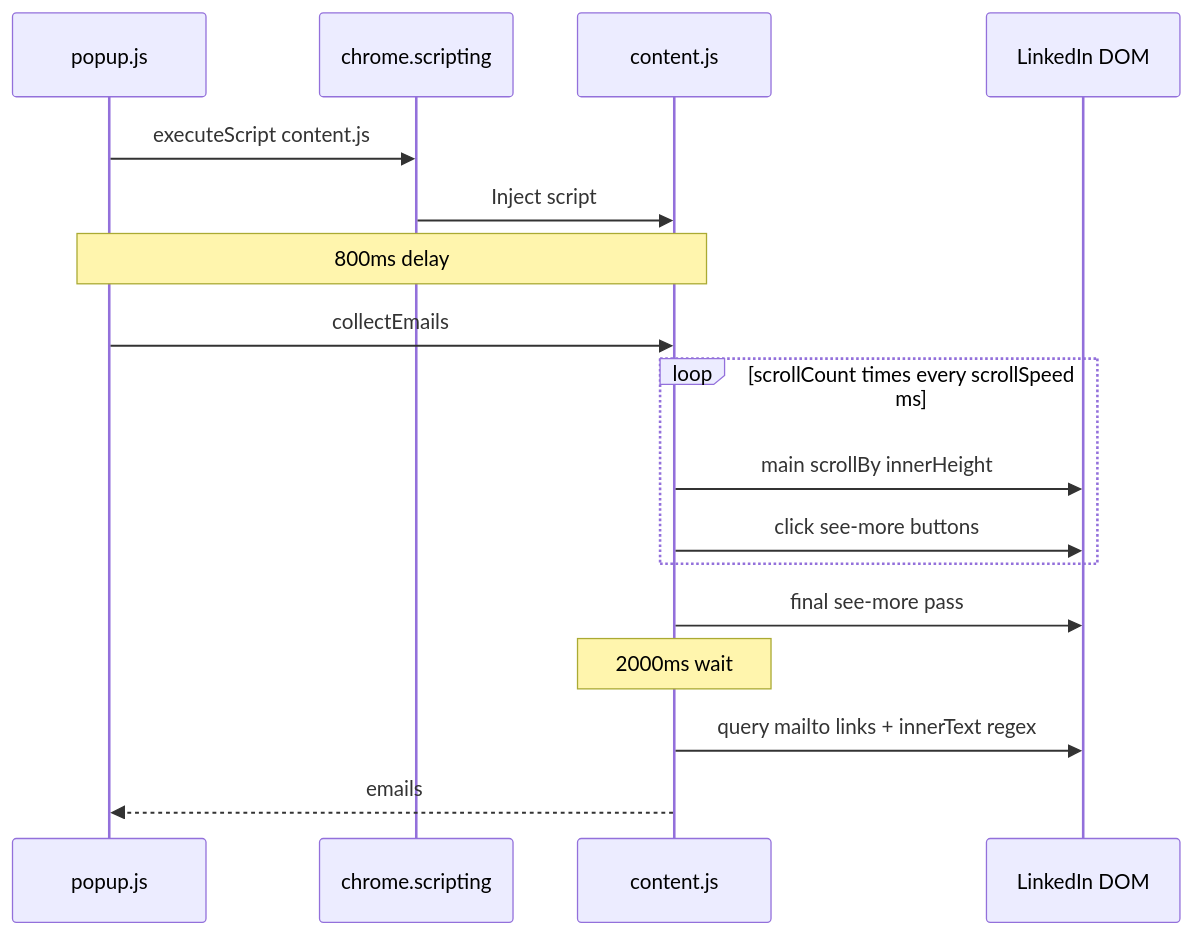
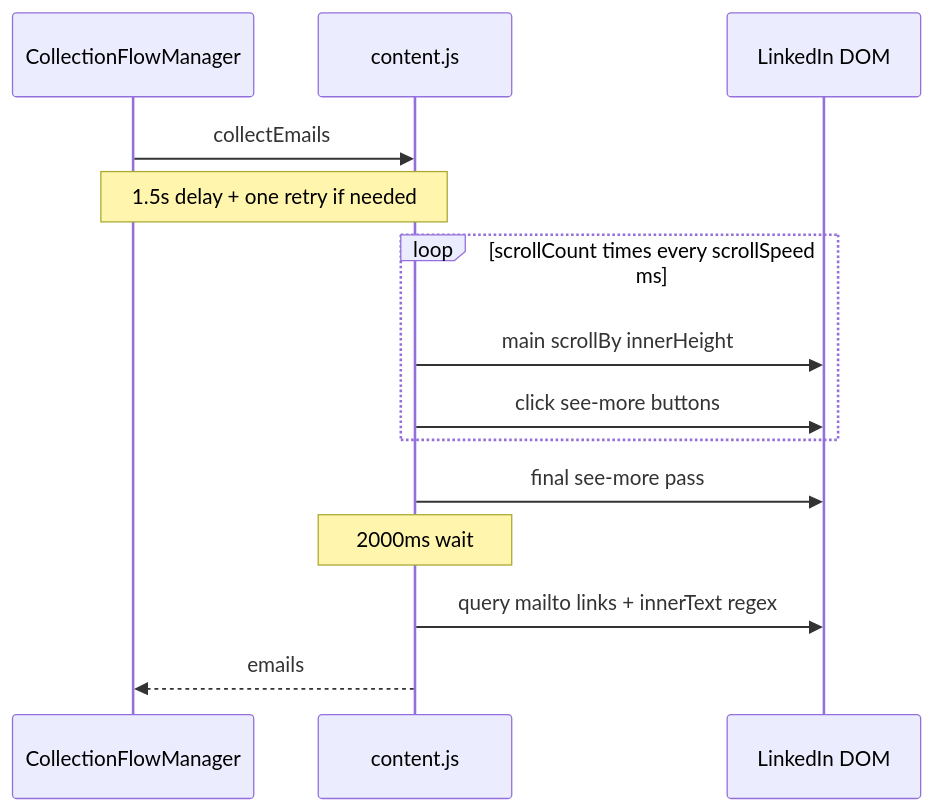
One commit to yagnesh97/reach-in changed the sixth of 8 diagrams in docs/ARCHITECTURE.md. Above: the diagram before and after it, drawn with Mermaid. The commit also changed other lines of this file and 13 other files, not shown here.

First line of the commit message:
Enhance email collection flow and UI in ReachIn extension

````diff
--- a/docs/ARCHITECTURE.md
+++ b/docs/ARCHITECTURE.md
@@ -252,20 +274,17 @@
 ```mermaid
 sequenceDiagram
-  participant Popup as popup.js
-  participant Scripting as chrome.scripting
+  participant CFM as CollectionFlowManager
   participant CS as content.js
   participant DOM as LinkedIn DOM
 
-  Popup->>Scripting: executeScript content.js
-  Scripting->>CS: Inject script
-  Note over Popup,CS: 800ms delay
-  Popup->>CS: collectEmails
+  CFM->>CS: collectEmails
+  Note over CFM,CS: 1.5s delay + one retry if needed
   loop scrollCount times every scrollSpeed ms
     CS->>DOM: main scrollBy innerHeight
     CS->>DOM: click see-more buttons
   end
   CS->>DOM: final see-more pass
   Note over CS: 2000ms wait
   CS->>DOM: query mailto links + innerText regex
-  CS-->>Popup: emails
+  CS-->>CFM: emails
 ```
````
